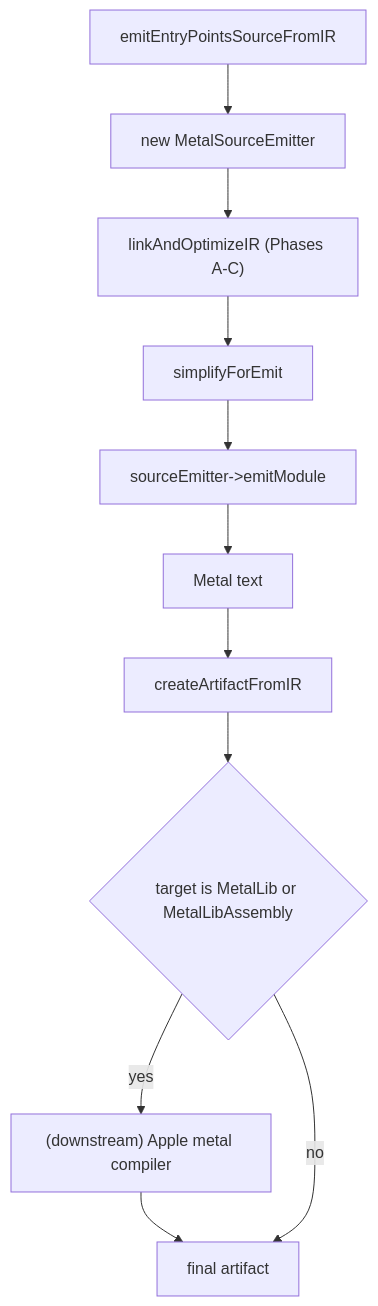
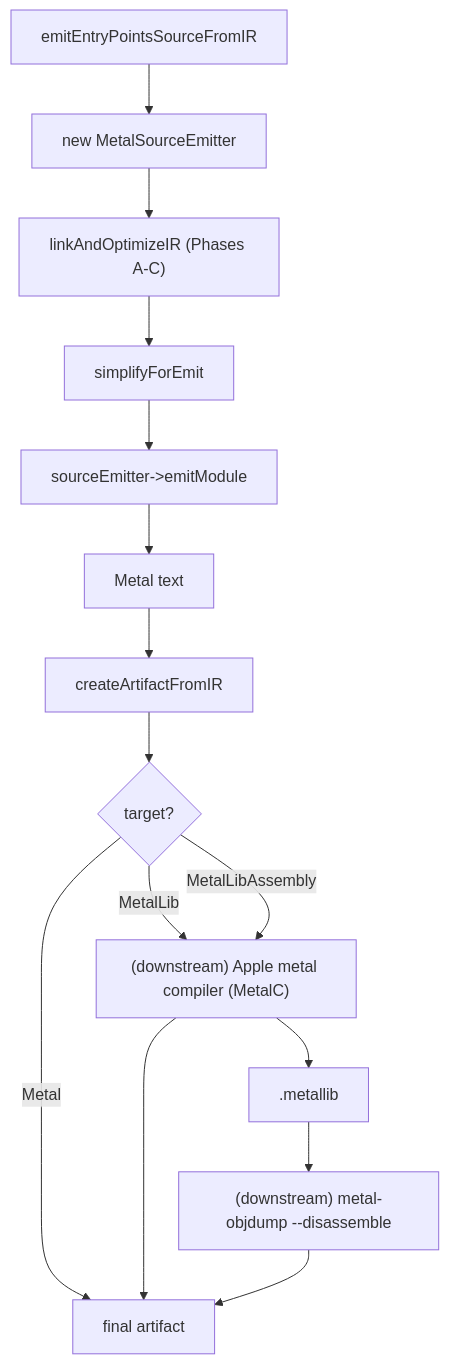
The fifth of 5 diagrams in docs/generated/design/target-pipelines/metal.md (shader-slang/slang), drawn with Mermaid before and after one commit. The commit also changed other lines of this file and 133 other files, not shown here.

````diff
--- a/docs/generated/design/target-pipelines/metal.md
+++ b/docs/generated/design/target-pipelines/metal.md
@@ -621,17 +637,20 @@
 ```mermaid
 flowchart TD
   ent[emitEntryPointsSourceFromIR]
   newEmit[new MetalSourceEmitter]
   linkOpt2["linkAndOptimizeIR (Phases A-C)"]
   simpForEmit[simplifyForEmit]
   emitModule[sourceEmitter->emitModule]
   textOut[Metal text]
   artifact[createArtifactFromIR]
-  libGate{target is MetalLib or MetalLibAssembly}
-  metalCC["(downstream) Apple metal compiler"]
+  libGate{"target?"}
+  metalCC["(downstream) Apple metal compiler (MetalC)"]
+  objdump["(downstream) metal-objdump --disassemble"]
+  lib[".metallib"]
   done[final artifact]
 
   ent --> newEmit --> linkOpt2 --> simpForEmit --> emitModule --> textOut --> artifact --> libGate
-  libGate -->|yes| metalCC --> done
-  libGate -->|no| done
+  libGate -->|Metal| done
+  libGate -->|MetalLib| metalCC --> done
+  libGate -->|MetalLibAssembly| metalCC --> lib --> objdump --> done
 ```
````
